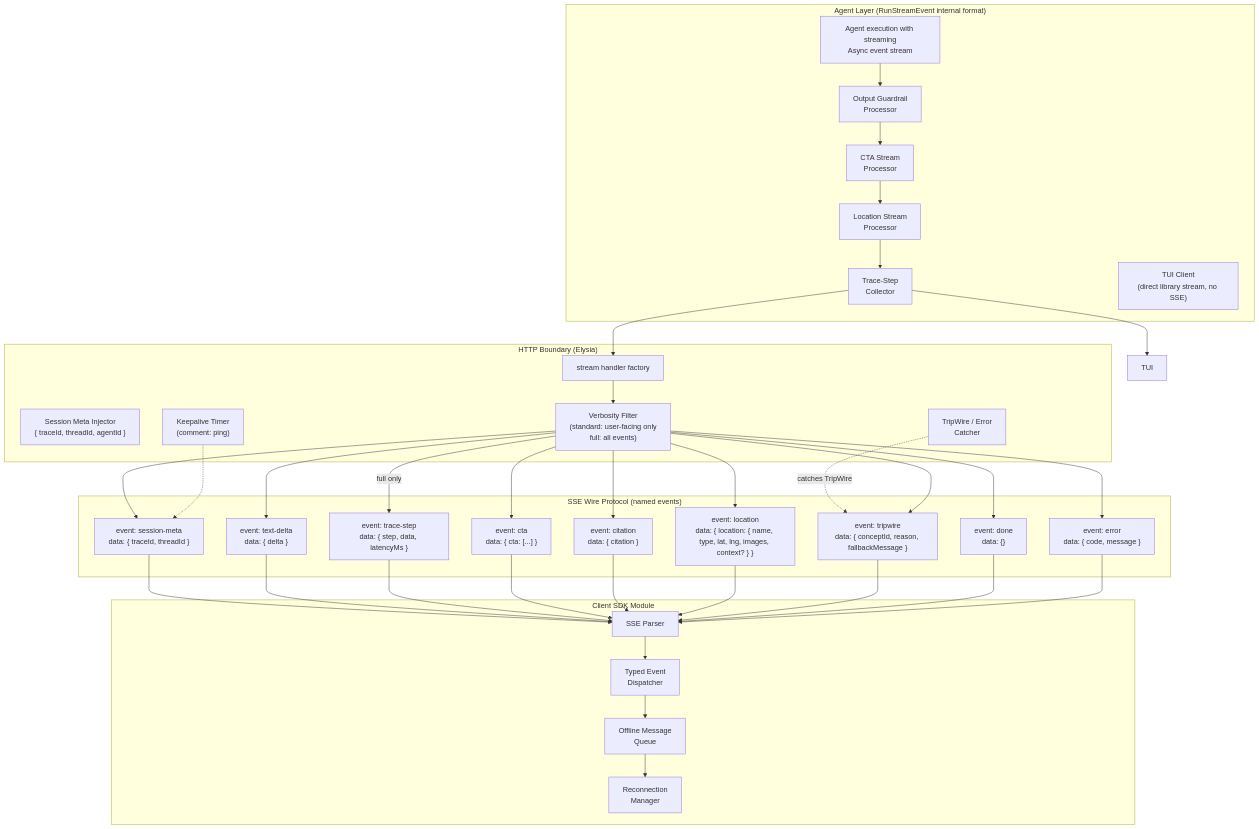
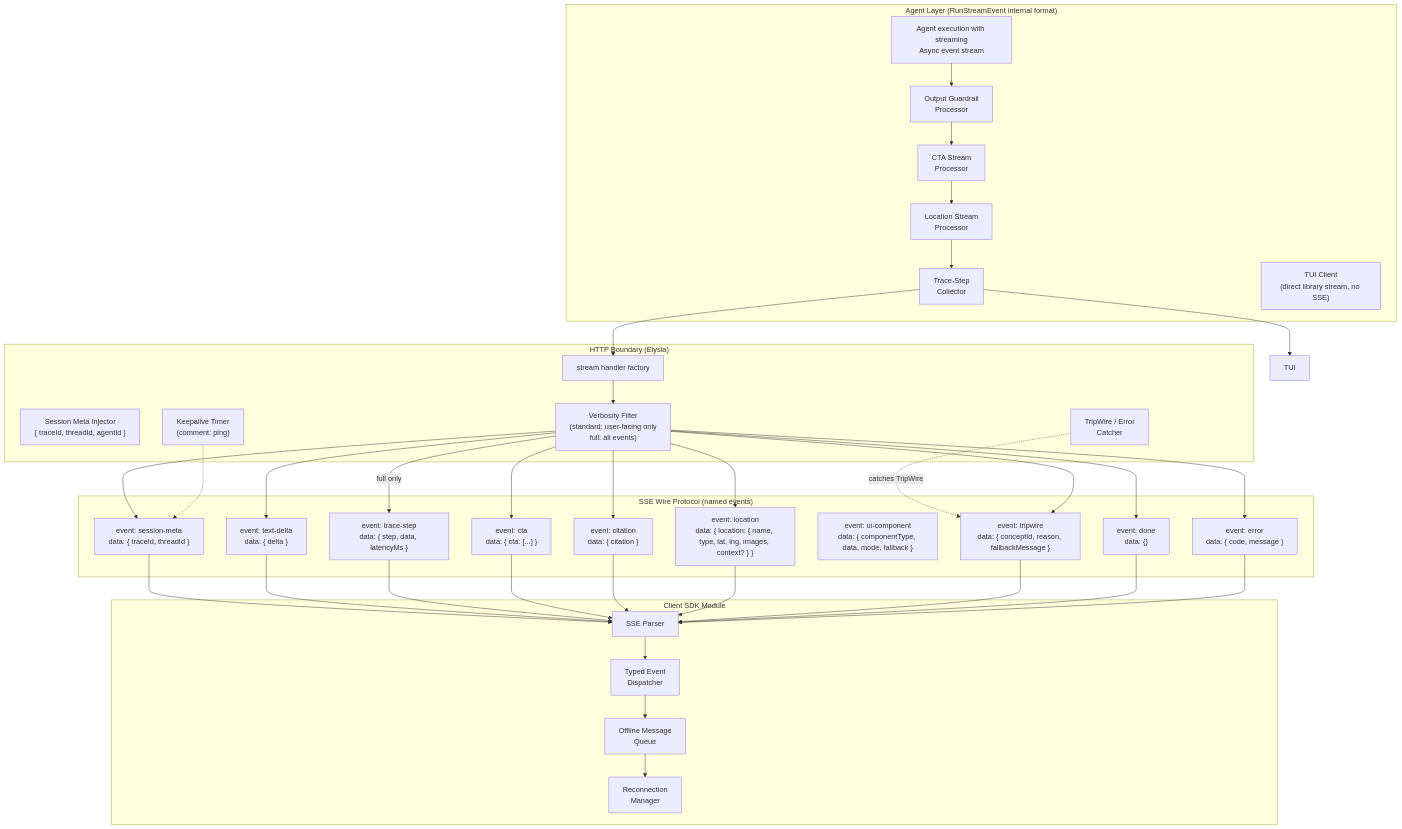
One commit to 1qh/safeagent changed the first of 29 diagrams in plan/11-transport.md. Above: the diagram before and after it, drawn with Mermaid. The commit also changed other lines of this file, not shown here.

Commit message:
Fix Oracle R3: reconcile ui-component across all canonical protocol references (11)

````diff
--- a/plan/11-transport.md
+++ b/plan/11-transport.md
@@ -32,50 +32,51 @@
 ```mermaid
 graph TB
     subgraph AGENT_LAYER["Agent Layer (RunStreamEvent internal format)"]
         AGENT["Agent execution with streaming\nAsync event stream"]
         GUARD_PROC["Output Guardrail\nProcessor"]
         CTA_PROC["CTA Stream\nProcessor"]
         LOC_PROC["Location Stream\nProcessor"]
         TRACE_COLLECT["Trace-Step\nCollector"]
         TUI_CLIENT["TUI Client\n(direct library stream, no SSE)"]
     end
 
     subgraph HTTP_BOUNDARY["HTTP Boundary (Elysia)"]
         HANDLER["stream handler factory"]
         META_INJECT["Session Meta Injector\n{ traceId, threadId, agentId }"]
         VERBOSITY_FILTER["Verbosity Filter\n(standard: user-facing only\nfull: all events)"]
         KEEPALIVE["Keepalive Timer\n(comment: ping)"]
         ERR_CATCH["TripWire / Error\nCatcher"]
     end
 
     subgraph SSE_WIRE["SSE Wire Protocol (named events)"]
         EVT_META["event: session-meta\ndata: { traceId, threadId }"]
         EVT_TEXT["event: text-delta\ndata: { delta }"]
         EVT_TRACE["event: trace-step\ndata: { step, data, latencyMs }"]
         EVT_CTA["event: cta\ndata: { cta: [...] }"]
         EVT_CIT["event: citation\ndata: { citation }"]
         EVT_LOC["event: location\ndata: { location: { name, type, lat, lng, images, context? } }"]
+        EVT_UI["event: ui-component\ndata: { componentType, data, mode, fallback }"]
         EVT_TRIP["event: tripwire\ndata: { conceptId, reason, fallbackMessage }"]
         EVT_DONE["event: done\ndata: {}"]
         EVT_ERR["event: error\ndata: { code, message }"]
     end
 
     subgraph CLIENT_SDK["Client SDK Module"]
         PARSER["SSE Parser"]
         TYPED["Typed Event\nDispatcher"]
         QUEUE["Offline Message\nQueue"]
         RECONNECT["Reconnection\nManager"]
     end
 
     AGENT --> GUARD_PROC --> CTA_PROC --> LOC_PROC --> TRACE_COLLECT
     TRACE_COLLECT --> TUI
     TRACE_COLLECT --> HANDLER
     HANDLER --> VERBOSITY_FILTER
     ERR_CATCH -.->|"catches TripWire"| EVT_TRIP
     VERBOSITY_FILTER --> EVT_META & EVT_TEXT & EVT_CTA & EVT_CIT & EVT_LOC & EVT_TRIP & EVT_DONE & EVT_ERR
     VERBOSITY_FILTER -->|"full only"| EVT_TRACE
     KEEPALIVE -.-> EVT_META
     EVT_META & EVT_TEXT & EVT_TRACE & EVT_CTA & EVT_CIT & EVT_LOC & EVT_TRIP & EVT_DONE & EVT_ERR --> PARSER
     PARSER --> TYPED --> QUEUE
     QUEUE --> RECONNECT
 ```
````
